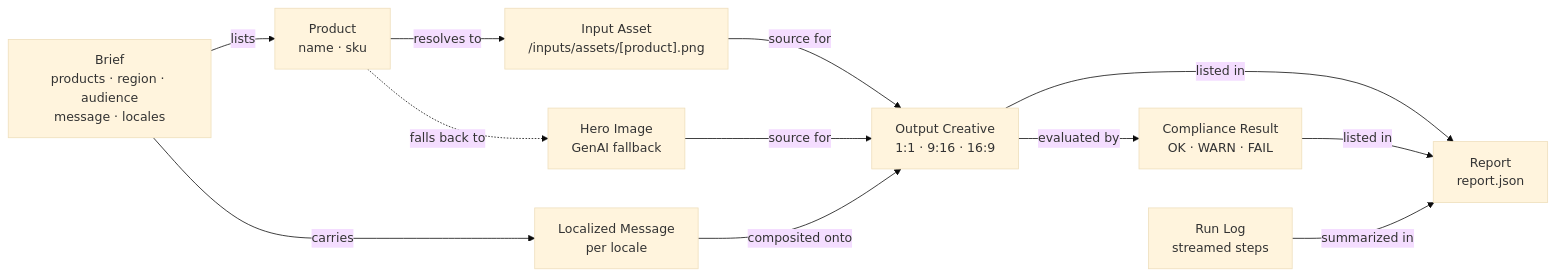
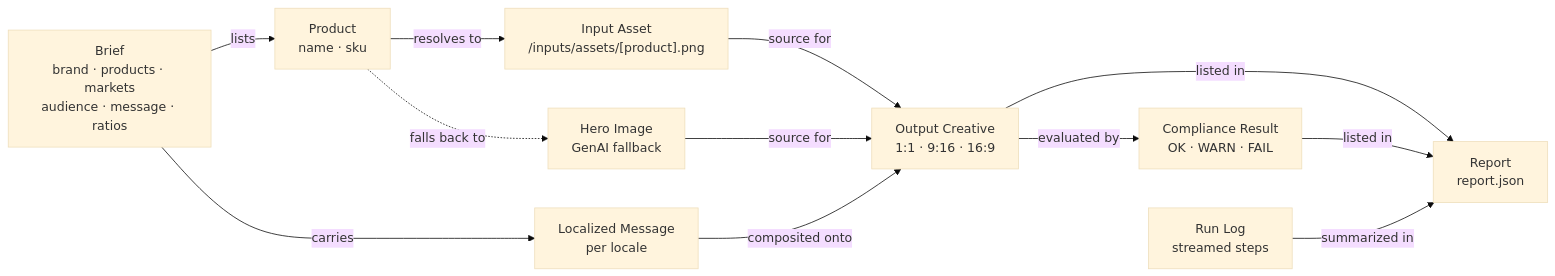
Before and after one commit to arndvs/cast: the first of 5 diagrams in docs/system-map.md, drawn with Mermaid (base theme). The commit also changed other lines of this file and 4 other files, not shown here.

First line of the commit message:
feat(docs): lock brief schema with brand field, ratio picker, markets typeahead

````diff
--- a/docs/system-map.md
+++ b/docs/system-map.md
@@ -13,24 +13,24 @@
 ```mermaid
 graph LR
-    Brief["Brief<br/>products · region · audience<br/>message · locales"]
+    Brief["Brief<br/>brand · products · markets<br/>audience · message · ratios"]
     Product["Product<br/>name · sku"]
     InputAsset["Input Asset<br/>/inputs/assets/[product].png"]
     HeroImage["Hero Image<br/>GenAI fallback"]
     Creative["Output Creative<br/>1:1 · 9:16 · 16:9"]
     Message["Localized Message<br/>per locale"]
     Compliance["Compliance Result<br/>OK · WARN · FAIL"]
     RunLog["Run Log<br/>streamed steps"]
     Report["Report<br/>report.json"]
 
     Brief -->|lists| Product
     Brief -->|carries| Message
     Product -->|resolves to| InputAsset
     Product -.->|falls back to| HeroImage
     InputAsset -->|source for| Creative
     HeroImage -->|source for| Creative
     Message -->|composited onto| Creative
     Creative -->|evaluated by| Compliance
     Creative -->|listed in| Report
     Compliance -->|listed in| Report
     RunLog -->|summarized in| Report
 ```
````
